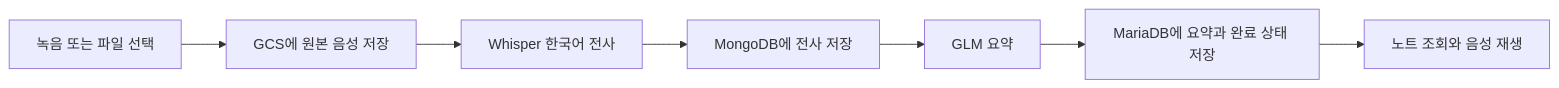
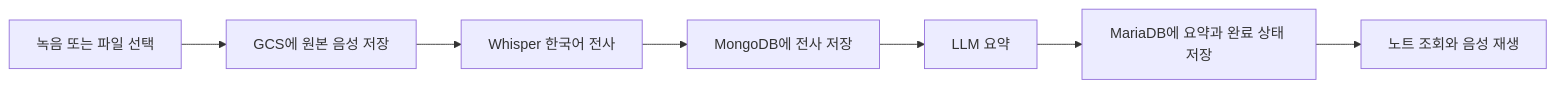
Before and after one commit to minseokKim6823/voice-notes-gcp: the diagram in README.md, drawn with Mermaid. The commit also changed other lines of this file and 11 other files, not shown here.

````diff
--- a/README.md
+++ b/README.md
@@ -73,9 +73,9 @@
 ```mermaid
 flowchart LR
     A[녹음 또는 파일 선택] --> B[GCS에 원본 음성 저장]
     B --> C[Whisper 한국어 전사]
     C --> D[MongoDB에 전사 저장]
-    D --> E[GLM 요약]
+    D --> E[LLM 요약]
     E --> F[MariaDB에 요약과 완료 상태 저장]
     F --> G[노트 조회와 음성 재생]
 ```
````
